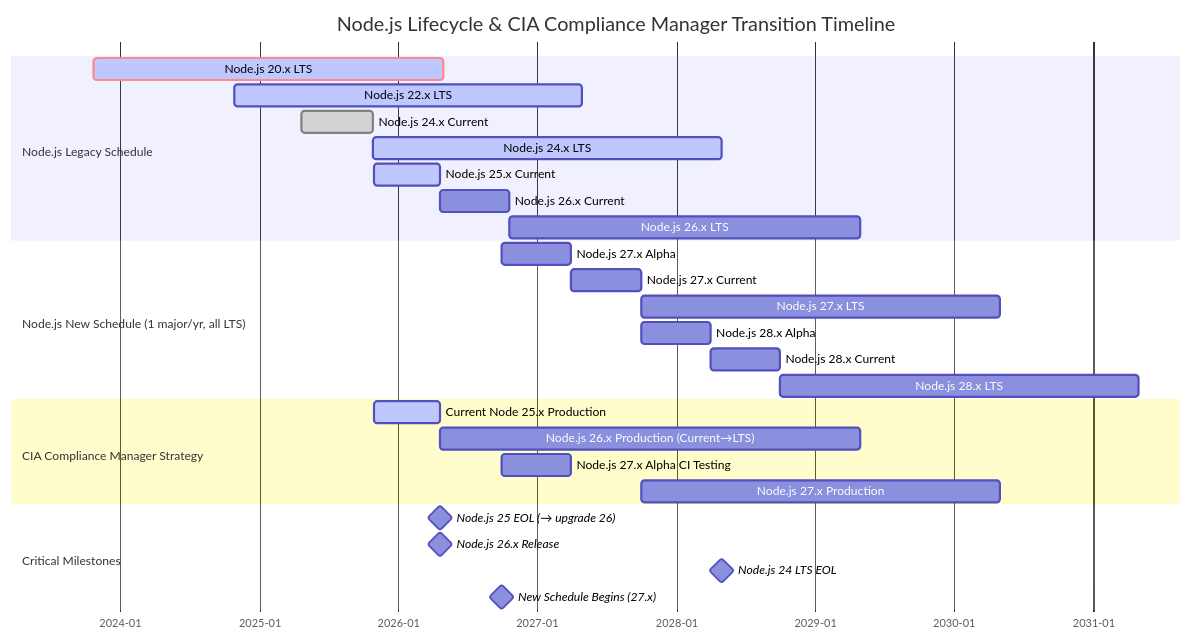
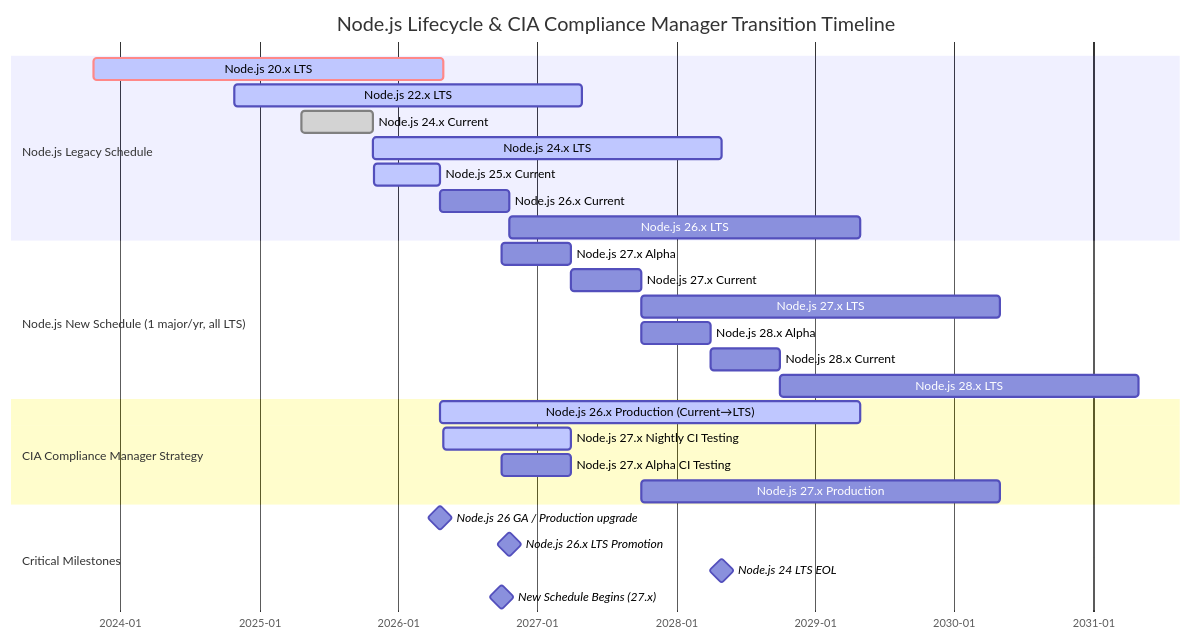
Before and after one commit to step-security-bot/cia-compliance-manager: the second of 9 diagrams in docs/End-of-Life-Strategy.md, drawn with Mermaid. The commit also changed other lines of this file and 15 other files, not shown here.

First line of the commit message:
chore: upgrade Node.js 25→26, add Node 27 nightly CI workflow (#1171)

````diff
--- a/docs/End-of-Life-Strategy.md
+++ b/docs/End-of-Life-Strategy.md
@@ -159,35 +159,35 @@
 ```mermaid
 gantt
     title Node.js Lifecycle & CIA Compliance Manager Transition Timeline
     dateFormat YYYY-MM-DD
     axisFormat %Y-%m
 
     section Node.js Legacy Schedule
     Node.js 20.x LTS           :crit, active, node20lts, 2023-10-24, 2026-04-30
     Node.js 22.x LTS           :active, node22lts, 2024-10-29, 2027-04-30
     Node.js 24.x Current       :done, node24cur, 2025-04-22, 2025-10-28
     Node.js 24.x LTS           :active, node24lts, 2025-10-28, 2028-04-30
     Node.js 25.x Current       :active, node25cur, 2025-10-29, 2026-04-21
     Node.js 26.x Current       :node26cur, 2026-04-21, 2026-10-20
     Node.js 26.x LTS           :node26lts, 2026-10-20, 2029-04-30
 
     section Node.js New Schedule (1 major/yr, all LTS)
     Node.js 27.x Alpha         :node27a, 2026-10-01, 2027-03-31
     Node.js 27.x Current       :node27cur, 2027-04-01, 2027-10-01
     Node.js 27.x LTS           :node27lts, 2027-10-01, 2030-04-30
     Node.js 28.x Alpha         :node28a, 2027-10-01, 2028-03-31
     Node.js 28.x Current       :node28cur, 2028-04-01, 2028-10-01
     Node.js 28.x LTS           :node28lts, 2028-10-01, 2031-04-30
 
     section CIA Compliance Manager Strategy
-    Current Node 25.x Production :active, cm25prod, 2025-10-29, 2026-04-21
-    Node.js 26.x Production (Current→LTS) :cm26prod, 2026-04-21, 2029-04-30
+    Node.js 26.x Production (Current→LTS) :active, cm26prod, 2026-04-21, 2029-04-30
+    Node.js 27.x Nightly CI Testing :active, cm27nightly, 2026-05-01, 2027-04-01
     Node.js 27.x Alpha CI Testing :cm27alpha, 2026-10-01, 2027-04-01
     Node.js 27.x Production      :cm27prod, 2027-10-01, 2030-04-30
 
     section Critical Milestones
-    Node.js 25 EOL (→ upgrade 26) :milestone, node25eol, 2026-04-21, 0d
-    Node.js 26.x Release          :milestone, node26rel, 2026-04-21, 0d
+    Node.js 26 GA / Production upgrade :milestone, node26ga, 2026-04-21, 0d
+    Node.js 26.x LTS Promotion        :milestone, node26lts, 2026-10-20, 0d
     Node.js 24 LTS EOL            :milestone, node24eol, 2028-04-30, 0d
     New Schedule Begins (27.x)    :milestone, newschedule, 2026-10-01, 0d
 ```
````
